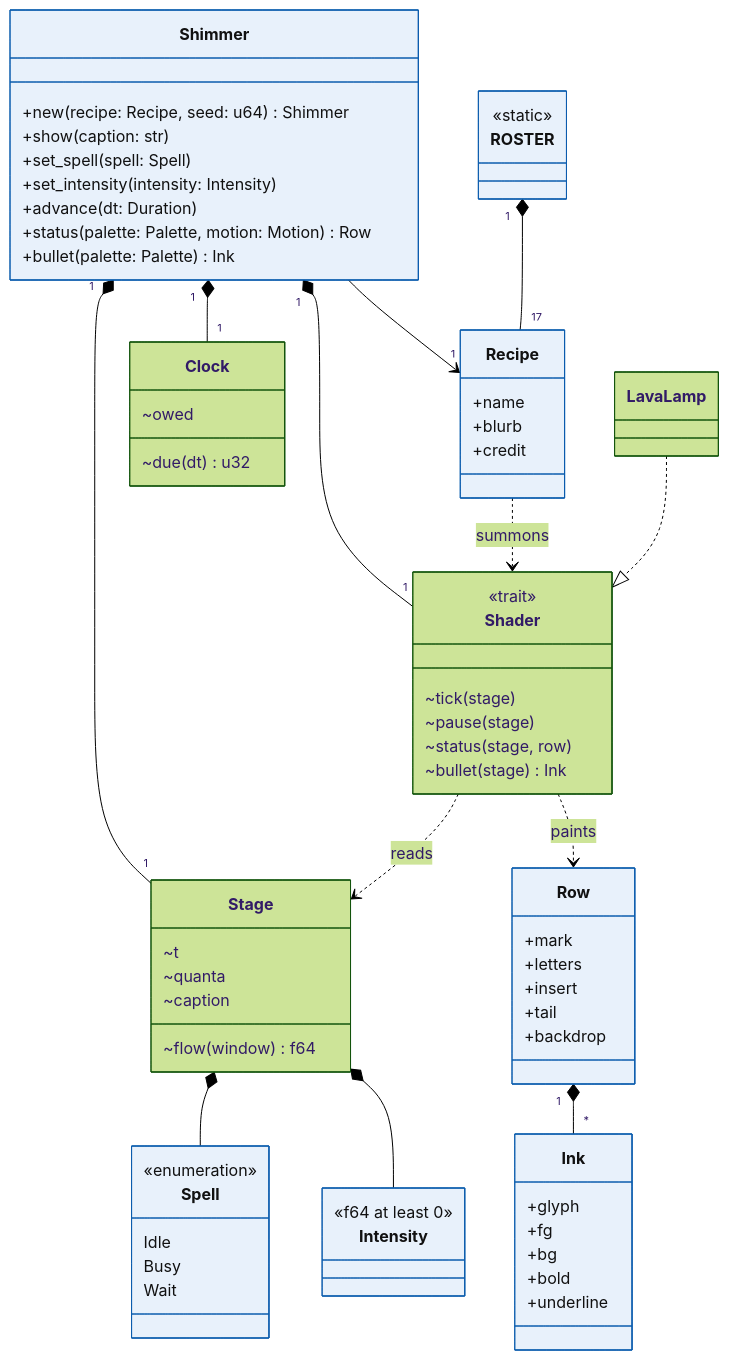
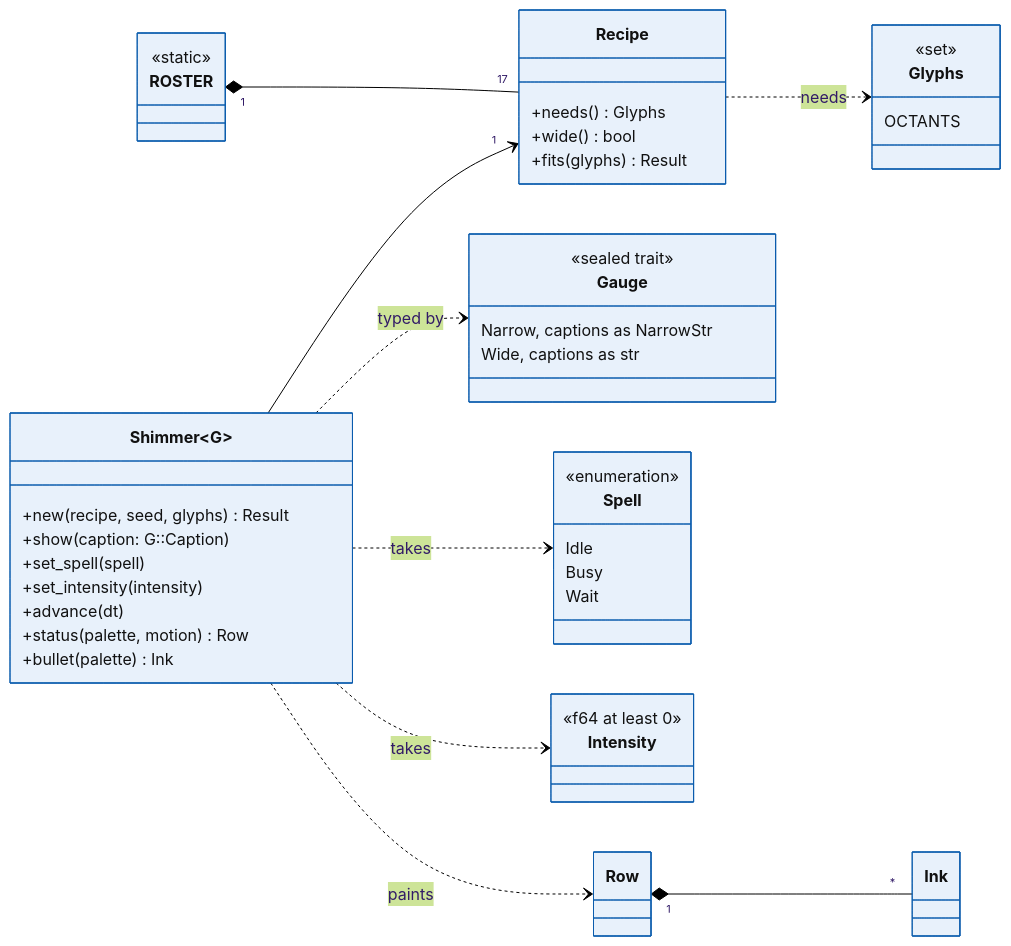
Before and after one commit to aoaoaoaoaoaoaoaoaoaoaoaoaoaoaoaoaoaoaoa/libshimmer: the third of 6 diagrams in design/DESIGN.md, drawn with Mermaid (forest theme). The commit also changed other lines of this file, not shown here.

````diff
--- a/design/DESIGN.md
+++ b/design/DESIGN.md
@@ -131,81 +134,58 @@
 ```mermaid
 classDiagram
-  direction TB
-  class Shimmer {
-    +new(recipe: Recipe, seed: u64) Shimmer
-    +show(caption: str)
-    +set_spell(spell: Spell)
-    +set_intensity(intensity: Intensity)
-    +advance(dt: Duration)
-    +status(palette: Palette, motion: Motion) Row
-    +bullet(palette: Palette) Ink
+  direction LR
+  class Shimmer~G~ {
+    +new(recipe, seed, glyphs) Result
+    +show(caption: G::Caption)
+    +set_spell(spell)
+    +set_intensity(intensity)
+    +advance(dt)
+    +status(palette, motion) Row
+    +bullet(palette) Ink
+  }
+  class Gauge {
+    <<sealed trait>>
+    Narrow, captions as NarrowStr
+    Wide, captions as str
   }
   class Recipe {
-    +name
-    +blurb
-    +credit
+    +needs() Glyphs
+    +wide() bool
+    +fits(glyphs) Result
   }
   class ROSTER {
     <<static>>
+  }
+  class Glyphs {
+    <<set>>
+    OCTANTS
   }
   class Spell {
     <<enumeration>>
     Idle
     Busy
     Wait
   }
   class Intensity {
     <<f64 at least 0>>
   }
-  class Row {
-    +mark
-    +letters
-    +insert
-    +tail
-    +backdrop
-  }
-  class Ink {
-    +glyph
-    +fg
-    +bg
-    +bold
-    +underline
-  }
-  class Shader {
-    <<trait>>
-    ~tick(stage)
-    ~pause(stage)
-    ~status(stage, row)
-    ~bullet(stage) Ink
-  }
-  class Stage {
-    ~t
-    ~quanta
-    ~caption
-    ~flow(window) f64
-  }
-  class Clock {
-    ~owed
-    ~due(dt) u32
-  }
-  class LavaLamp
-  Shimmer "1" *-- "1" Clock
-  Shimmer "1" *-- "1" Stage
-  Shimmer "1" *-- "1" Shader
+  class Row
+  class Ink
   Shimmer --> "1" Recipe
+  Shimmer ..> Gauge : typed by
+  Shimmer ..> Spell : takes
+  Shimmer ..> Intensity : takes
+  Shimmer ..> Row : paints
   ROSTER "1" *-- "17" Recipe
-  Recipe ..> Shader : summons
-  LavaLamp ..|> Shader
-  Shader ..> Stage : reads
-  Shader ..> Row : paints
+  Recipe ..> Glyphs : needs
   Row "1" *-- "*" Ink
-  Stage *-- Spell
-  Stage *-- Intensity
   style Shimmer fill:#e8f1fb,stroke:#0b5cad,color:#111
+  style Gauge fill:#e8f1fb,stroke:#0b5cad,color:#111
   style Recipe fill:#e8f1fb,stroke:#0b5cad,color:#111
   style ROSTER fill:#e8f1fb,stroke:#0b5cad,color:#111
+  style Glyphs fill:#e8f1fb,stroke:#0b5cad,color:#111
   style Spell fill:#e8f1fb,stroke:#0b5cad,color:#111
   style Intensity fill:#e8f1fb,stroke:#0b5cad,color:#111
   style Row fill:#e8f1fb,stroke:#0b5cad,color:#111
   style Ink fill:#e8f1fb,stroke:#0b5cad,color:#111
 ```
````
